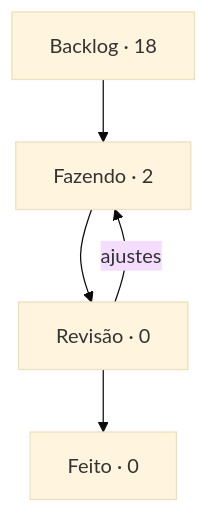
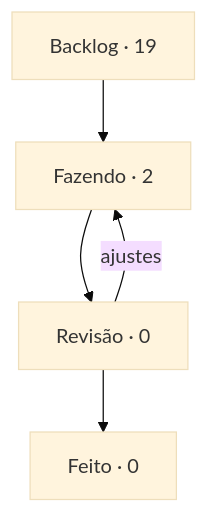
The diagram in boards/dungeon-bend/BOARD.md (StudioVibi/VibiKanban), drawn with Mermaid (base theme) before and after one commit. The commit also changed other lines of this file and 2 other files, not shown here.

````diff
--- a/boards/dungeon-bend/BOARD.md
+++ b/boards/dungeon-bend/BOARD.md
@@ -5,10 +5,10 @@
 ```mermaid
 flowchart TD
-  backlog["Backlog · 18"] --> doing["Fazendo · 2"]
+  backlog["Backlog · 19"] --> doing["Fazendo · 2"]
   doing --> review["Revisão · 0"]
   review --> done["Feito · 0"]
   review -->|ajustes| doing
   doing:::blue
   review:::yellow
   done:::green
 ```
````
